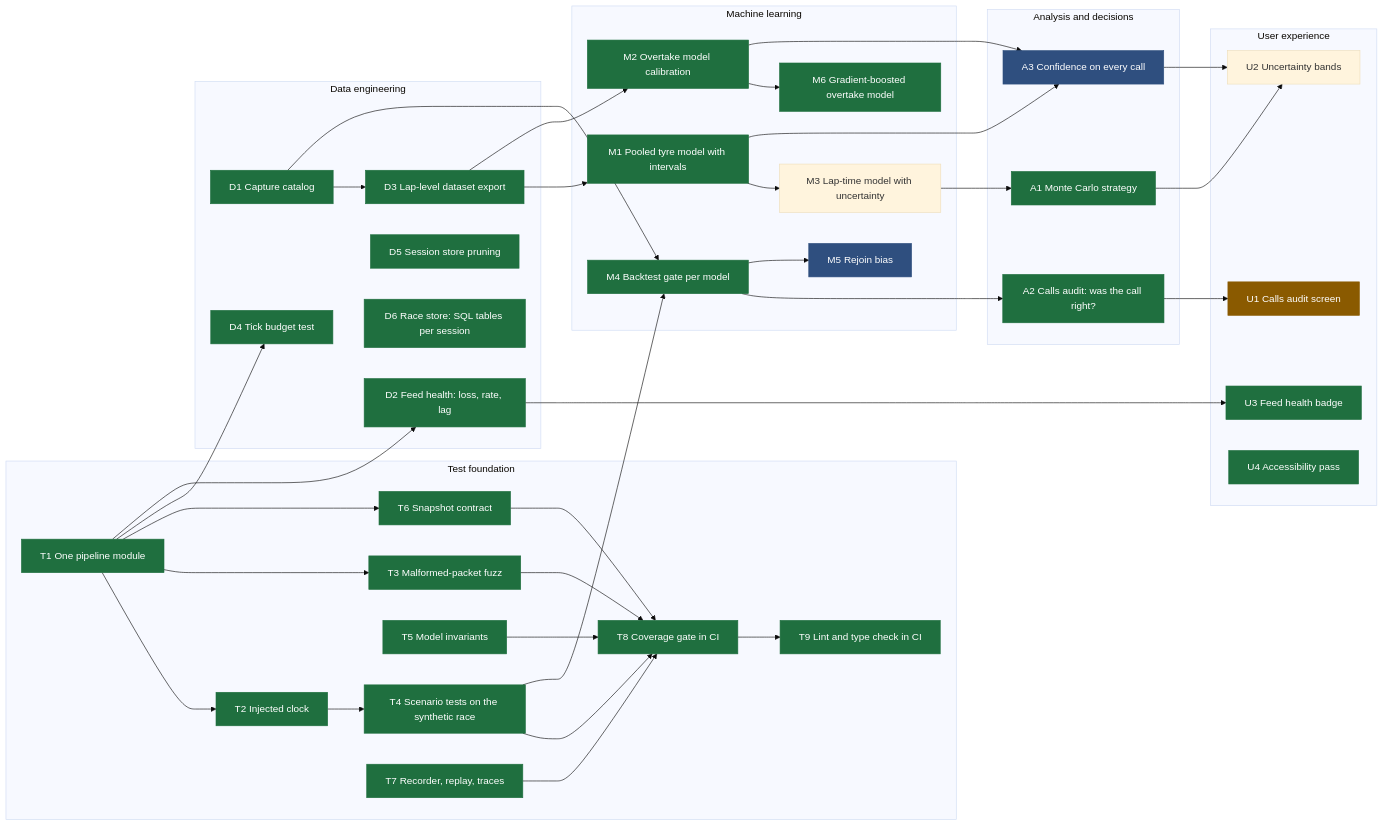
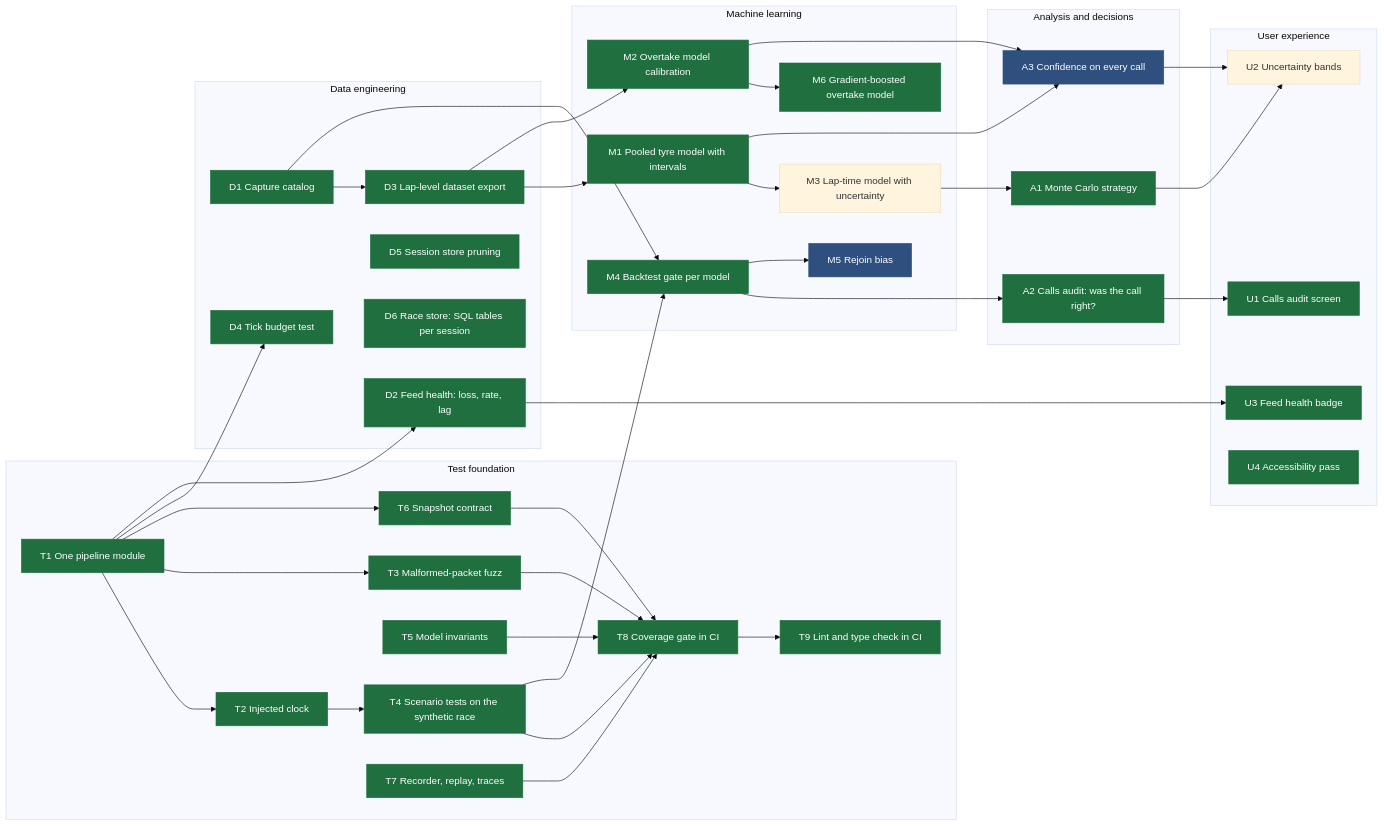
Before and after one commit to srikarnadella/f1-race-engineer: the diagram in docs/roadmap.md, drawn with Mermaid (base theme). The commit also changed other lines of this file and 4 other files, not shown here.

First line of the commit message:
Calls tab in the Debrief (U1 done)

````diff
--- a/docs/roadmap.md
+++ b/docs/roadmap.md
@@ -8,61 +8,61 @@
 ```mermaid
 flowchart LR
   classDef done fill:#1f6f3f,color:#fff,stroke:#1f6f3f
   classDef next fill:#8a5a00,color:#fff,stroke:#8a5a00
   classDef part fill:#2f4f7f,color:#fff,stroke:#2f4f7f
 
   subgraph T[Test foundation]
     T1[T1 One pipeline module]:::done
     T2[T2 Injected clock]:::done
     T3[T3 Malformed-packet fuzz]:::done
     T4[T4 Scenario tests on the synthetic race]:::done
     T5[T5 Model invariants]:::done
     T6[T6 Snapshot contract]:::done
     T7[T7 Recorder, replay, traces]:::done
     T8[T8 Coverage gate in CI]:::done
     T9[T9 Lint and type check in CI]:::done
   end
   subgraph D[Data engineering]
     D1[D1 Capture catalog]:::done
     D2[D2 Feed health: loss, rate, lag]:::done
     D3[D3 Lap-level dataset export]:::done
     D4[D4 Tick budget test]:::done
     D5[D5 Session store pruning]:::done
     D6[D6 Race store: SQL tables per session]:::done
   end
   subgraph M[Machine learning]
     M1[M1 Pooled tyre model with intervals]:::done
     M2[M2 Overtake model calibration]:::done
     M3[M3 Lap-time model with uncertainty]
     M4[M4 Backtest gate per model]:::done
     M5[M5 Rejoin bias]:::part
     M6[M6 Gradient-boosted overtake model]:::done
   end
   subgraph A[Analysis and decisions]
     A1[A1 Monte Carlo strategy]:::done
     A2[A2 Calls audit: was the call right?]:::done
     A3[A3 Confidence on every call]:::part
   end
   subgraph U[User experience]
-    U1[U1 Calls audit screen]:::next
+    U1[U1 Calls audit screen]:::done
     U2[U2 Uncertainty bands]
     U3[U3 Feed health badge]:::done
     U4[U4 Accessibility pass]:::done
   end
 
   T1 --> T2 --> T4
   T1 --> T3
   T1 --> T6
   T1 --> D4
   T3 & T4 & T5 & T6 & T7 --> T8
   T8 --> T9
   T1 --> D2 --> U3
   D1 --> D3
   D3 --> M1 & M2
   M1 --> M3 --> A1
   D1 & T4 --> M4 --> A2 --> U1
   M4 --> M5
   M2 --> M6
   M1 & M2 --> A3 --> U2
   A1 --> U2
 ```
````
